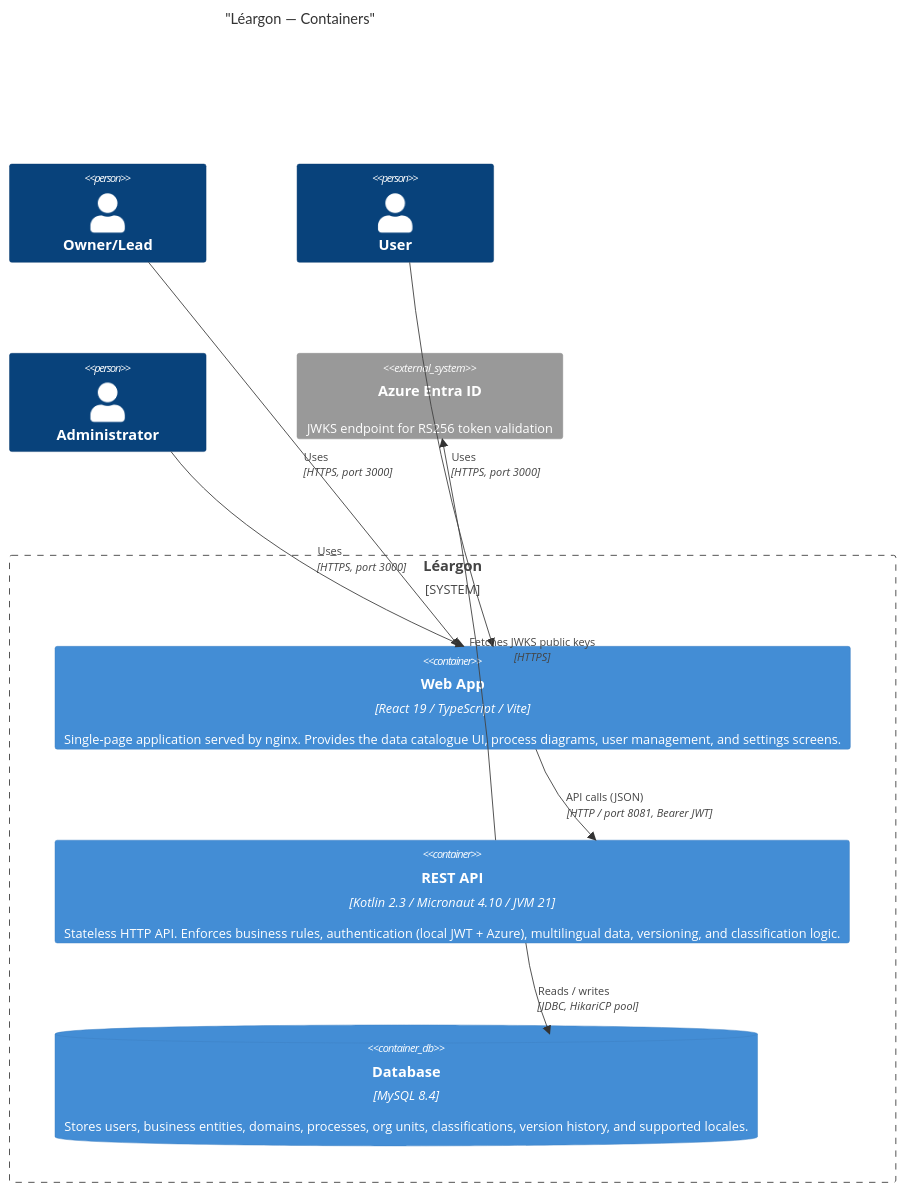
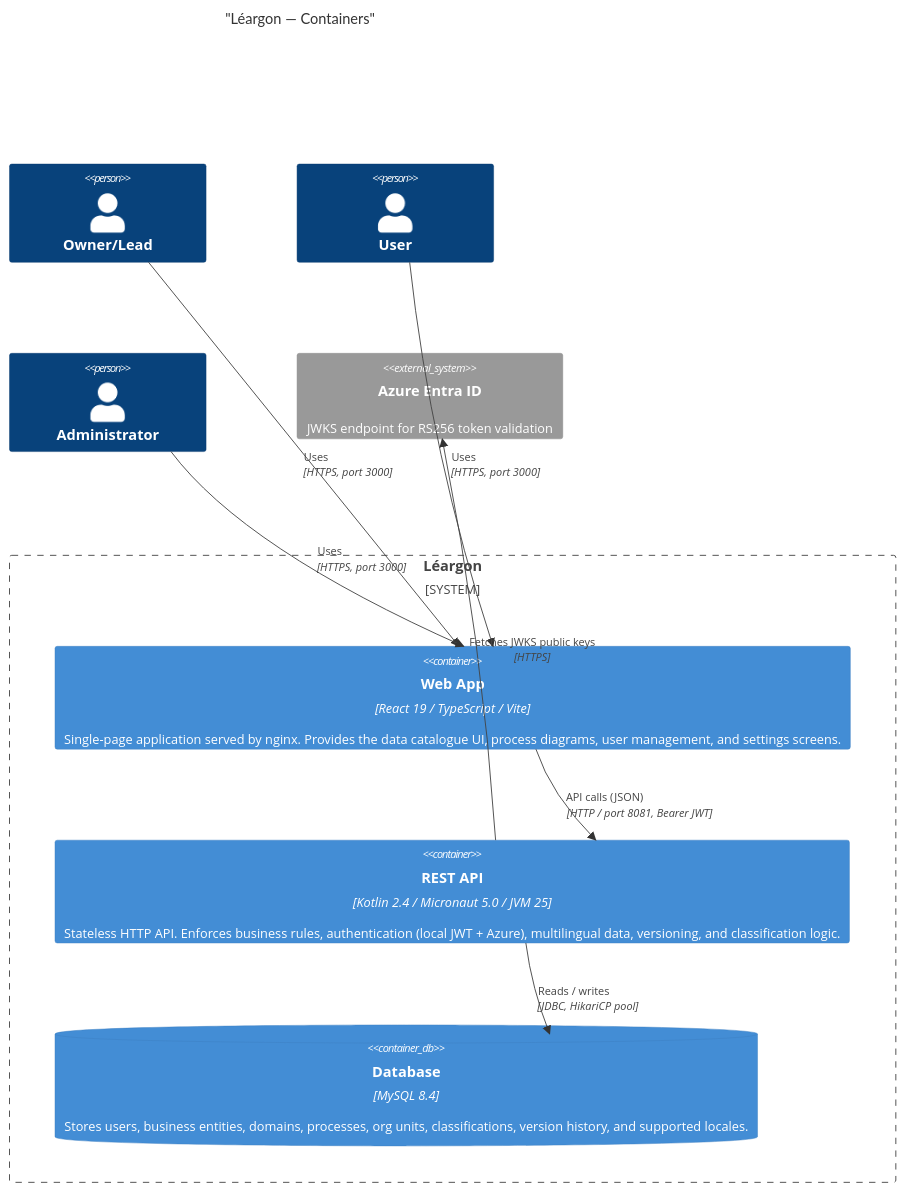
One commit to Leargon/Leargon changed the second of 7 diagrams in ARCHITECTURE.md. Above: the diagram before and after it, drawn with Mermaid. The commit also changed other lines of this file and 5 other files, not shown here.

````diff
--- a/ARCHITECTURE.md
+++ b/ARCHITECTURE.md
@@ -37,23 +37,23 @@
 ```mermaid
 C4Container
   title "Léargon — Containers"
 
   Person(owner, "Owner/Lead")
   Person(user, "User")
   Person(admin, "Administrator")
 
   System_Boundary(leargon, "Léargon") {
     Container(frontend, "Web App", "React 19 / TypeScript / Vite", "Single-page application served by nginx. Provides the data catalogue UI, process diagrams, user management, and settings screens.")
-    Container(backend, "REST API", "Kotlin 2.3 / Micronaut 4.10 / JVM 21", "Stateless HTTP API. Enforces business rules, authentication (local JWT + Azure), multilingual data, versioning, and classification logic.")
+    Container(backend, "REST API", "Kotlin 2.4 / Micronaut 5.0 / JVM 25", "Stateless HTTP API. Enforces business rules, authentication (local JWT + Azure), multilingual data, versioning, and classification logic.")
     ContainerDb(db, "Database", "MySQL 8.4", "Stores users, business entities, domains, processes, org units, classifications, version history, and supported locales.")
   }
 
   System_Ext(azure, "Azure Entra ID", "JWKS endpoint for RS256 token validation")
 
   Rel(owner, frontend, "Uses", "HTTPS, port 3000")
   Rel(user, frontend, "Uses", "HTTPS, port 3000")
   Rel(admin, frontend, "Uses", "HTTPS, port 3000")
   Rel(frontend, backend, "API calls (JSON)", "HTTP / port 8081, Bearer JWT")
   Rel(backend, db, "Reads / writes", "JDBC, HikariCP pool")
   Rel(backend, azure, "Fetches JWKS public keys", "HTTPS")
 ```
````
